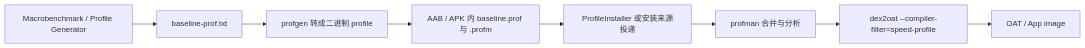
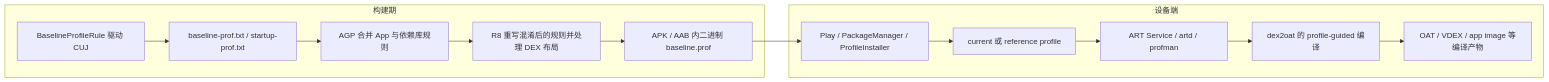
One commit to Gracker/android-internals-wiki changed the diagram in src/part3-tools/ch19-apm/15-baseline-profiles.md. Above: the diagram before and after it, drawn with Mermaid. The commit also changed other lines of this file, not shown here.

Commit message:
docs(apm): re-review Baseline Profiles for Android 17

````diff
--- a/src/part3-tools/ch19-apm/15-baseline-profiles.md
+++ b/src/part3-tools/ch19-apm/15-baseline-profiles.md
@@ -120,10 +116,17 @@
 ```mermaid
 flowchart LR
-    Gen[Macrobenchmark / Profile Generator] --> Text[baseline-prof.txt]
-    Text --> Profgen[profgen 转成二进制 profile]
-    Profgen --> Package[AAB / APK 内 baseline.prof 与 .profm]
-    Package --> Installer[ProfileInstaller 或安装来源投递]
-    Installer --> Profman[profman 合并与分析]
-    Profman --> Dex2oat[dex2oat --compiler-filter=speed-profile]
-    Dex2oat --> Oat[OAT / App image]
+    subgraph Build["构建期"]
+        CUJ["BaselineProfileRule 驱动 CUJ"] --> HRF["baseline-prof.txt / startup-prof.txt"]
+        HRF --> Merge["AGP 合并 App 与依赖库规则"]
+        Merge --> R8["R8 重写混淆后的规则并处理 DEX 布局"]
+        R8 --> Artifact["APK / AAB 内二进制 baseline.prof"]
+    end
+
+    subgraph Device["设备端"]
+        Artifact --> Delivery["Play / PackageManager / ProfileInstaller"]
+        Delivery --> Current["current 或 reference profile"]
+        Current --> ArtService["ART Service / artd / profman"]
+        ArtService --> Dex2oat["dex2oat 的 profile-guided 编译"]
+        Dex2oat --> Oat["OAT / VDEX / app image 等编译产物"]
+    end
 ```
````
